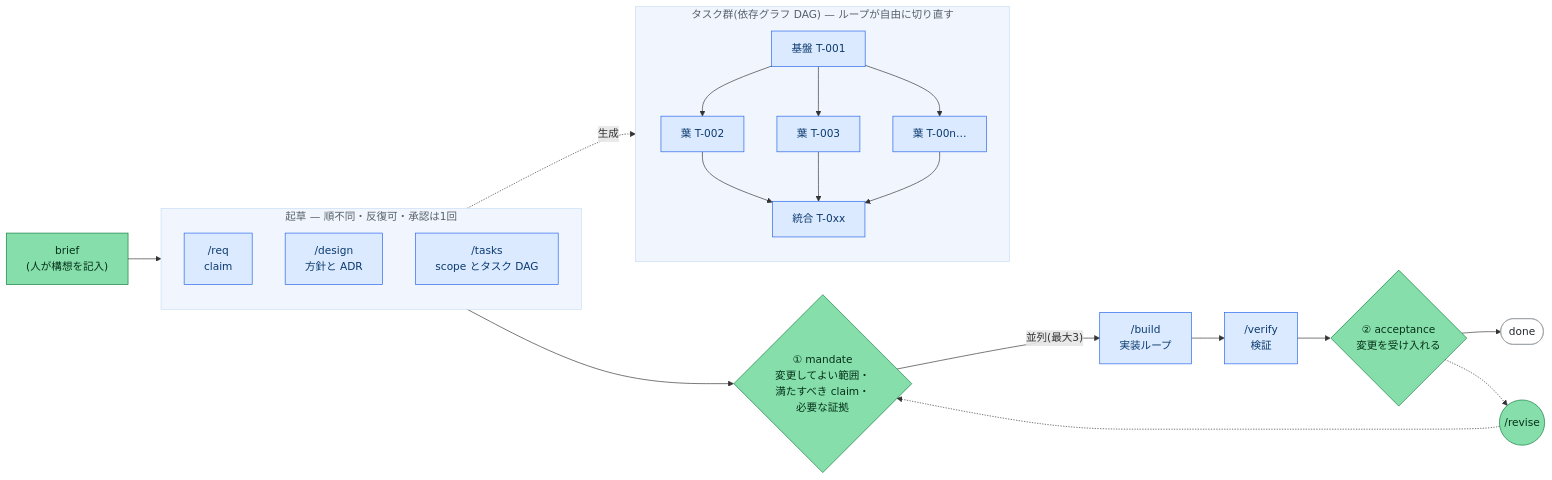
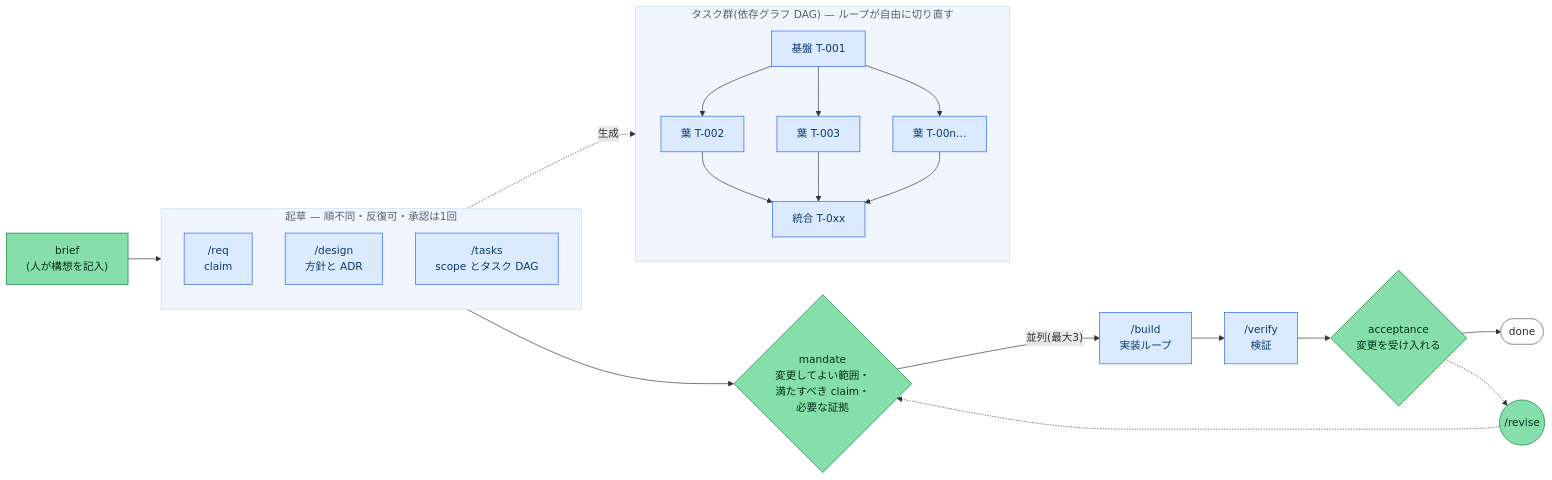
One commit to komoroko/loose-rein-kit changed the diagram in README.ja.md. Above: the diagram before and after it, drawn with Mermaid. The commit also changed other lines of this file and 55 other files, not shown here.

````diff
--- a/README.ja.md
+++ b/README.ja.md
@@ -17,47 +17,47 @@
 ```mermaid
 flowchart LR
     brief["brief<br/>(人が構想を記入)"]:::human
 
     subgraph DRAFT["起草 — 順不同・反復可・承認は1回"]
         direction TB
         req["/req<br/>claim"]:::agent
         design["/design<br/>方針と ADR"]:::agent
         tasks["/tasks<br/>scope とタスク DAG"]:::agent
     end
 
-    g1{"① mandate<br/>変更してよい範囲・<br/>満たすべき claim・<br/>必要な証拠"}:::human
+    g1{"mandate<br/>変更してよい範囲・<br/>満たすべき claim・<br/>必要な証拠"}:::human
     build["/build<br/>実装ループ"]:::agent
     verify["/verify<br/>検証"]:::agent
-    g2{"② acceptance<br/>変更を受け入れる"}:::human
+    g2{"acceptance<br/>変更を受け入れる"}:::human
     done(["done"])
 
     subgraph TASKS["タスク群(依存グラフ DAG) — ループが自由に切り直す"]
         direction TB
         T1["基盤 T-001"]:::agent
         T2["葉 T-002"]:::agent
         T3["葉 T-003"]:::agent
         Tn["葉 T-00n…"]:::agent
         TI["統合 T-0xx"]:::agent
         T1 --> T2
         T1 --> T3
         T1 --> Tn
         T2 --> TI
         T3 --> TI
         Tn --> TI
     end
 
     brief --> DRAFT --> g1
     g1 -->|"並列(最大3)"| build
     tasks -.->|生成| T1
     build --> verify --> g2 --> done
 
     RV(("/revise")):::human
     g2 -.-> RV
     RV -.-> g1
 
     classDef agent fill:#dbeafe,stroke:#2563eb,color:#0b3a6f;
     classDef human fill:#86dfaa,stroke:#0f7a3d,color:#04301a;
     style DRAFT fill:#f1f6fe,stroke:#c9ddf7,color:#57606a;
     style TASKS fill:#f1f6fe,stroke:#c9ddf7,color:#57606a;
     style done fill:#ffffff,stroke:#9aa0a6,color:#26282b;
 ```
````
